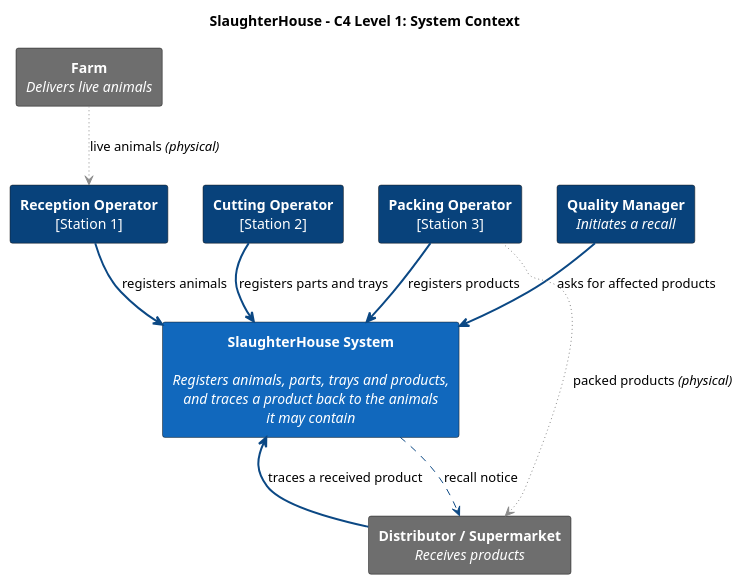
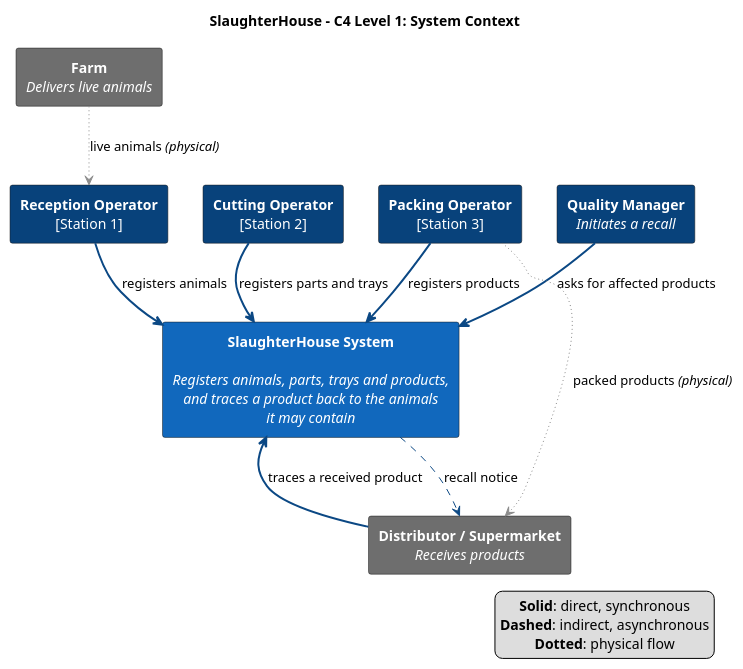
The diagram in SlaughterHouse/docs/contextDiagram.puml (ahausgaard/DSY), drawn with PlantUML before and after one commit. The commit also changed 7 other files, not shown here.

```diff
--- a/SlaughterHouse/docs/contextDiagram.puml
+++ b/SlaughterHouse/docs/contextDiagram.puml
@@ -1,49 +1,55 @@
 @startuml c4-l1-context
 title SlaughterHouse - C4 Level 1: System Context
 
 hide stereotype
 skinparam shadowing false
 skinparam defaultTextAlignment center
 skinparam rectangle<<person>> {
   BackgroundColor #08427B
   FontColor #FFFFFF
 }
 skinparam rectangle<<system>> {
   BackgroundColor #1168BD
   FontColor #FFFFFF
 }
 skinparam rectangle<<external>> {
   BackgroundColor #6E6E6E
   FontColor #FFFFFF
 }
 
 rectangle "**Reception Operator**\n[Station 1]" <<person>> as reception
 rectangle "**Cutting Operator**\n[Station 2]" <<person>> as cutting
 rectangle "**Packing Operator**\n[Station 3]" <<person>> as packing
 rectangle "**Quality Manager**\n//Initiates a recall//" <<person>> as quality
 
 rectangle "**SlaughterHouse System**\n\n//Registers animals, parts, trays and products,//\n//and traces a product back to the animals//\n//it may contain//" <<system>> as shs
 
 rectangle "**Farm**\n//Delivers live animals//" <<external>> as farm
 rectangle "**Distributor / Supermarket**\n//Receives products//" <<external>> as distributor
 
 ' Keep the operators in process order, left to right
 reception -[hidden]right- cutting
 cutting   -[hidden]right- packing
 packing   -[hidden]right- quality
 
 ' Registration: each operator talks only to their own local station
 reception -[#0B4884,bold]down-> shs : registers animals
 cutting   -[#0B4884,bold]down-> shs : registers parts and trays
 packing   -[#0B4884,bold]down-> shs : registers products
 quality   -[#0B4884,bold]down-> shs : asks for affected products
 
 ' Recall, in and out of the slaughterhouse
 shs -[#0B4884,dashed]down-> distributor : recall notice
 distributor -[#0B4884,bold]up-> shs : traces a received product
 
 ' Physical flow
 farm    -[#8C8C8C,dotted]down-> reception   : live animals //(physical)//
 packing -[#8C8C8C,dotted]down-> distributor : packed products //(physical)//
 
+legend right
+  **Solid**: direct, synchronous
+  **Dashed**: indirect, asynchronous
+  **Dotted**: physical flow
+endlegend
+
 @enduml
```
